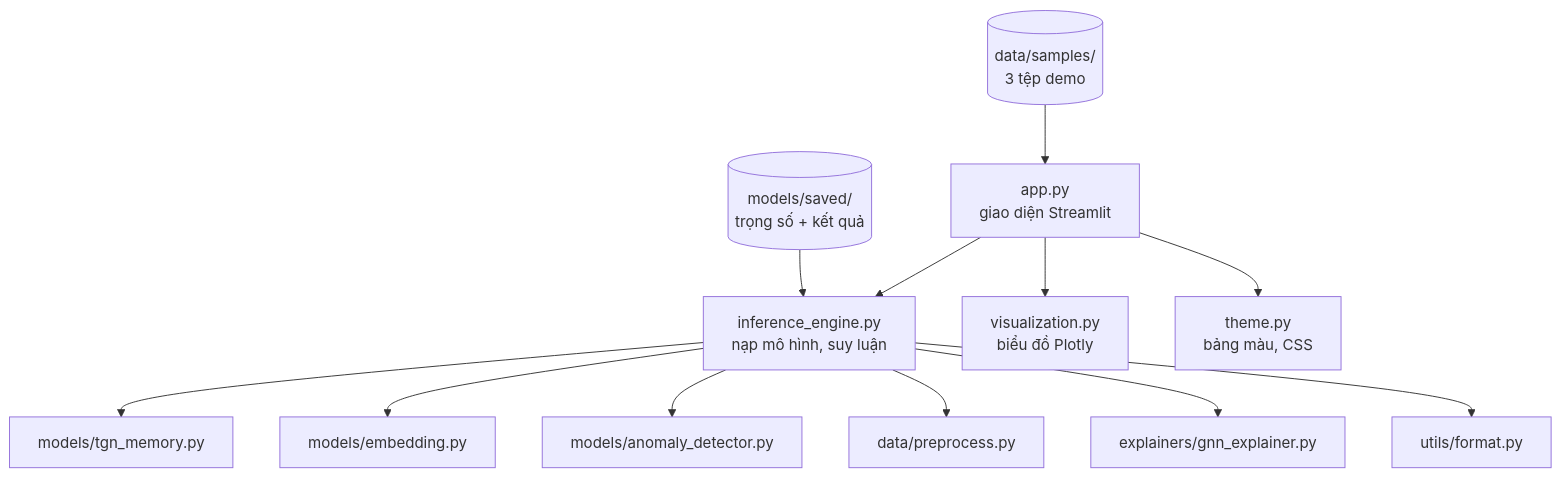
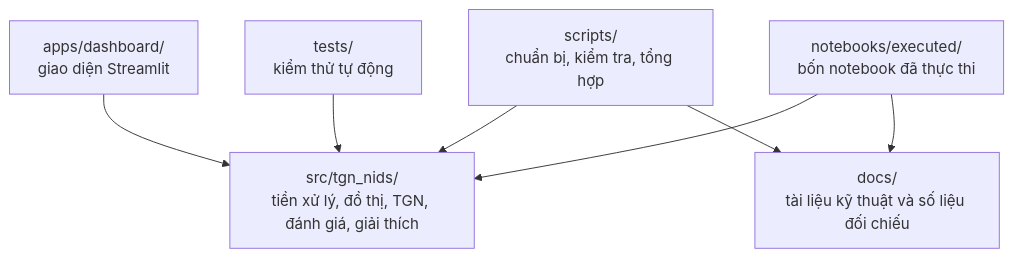
One commit to C0xff/TGN-NIDS changed the first of 2 diagrams in docs/SO_DO_KIEN_TRUC_DU_AN.md. Above: the diagram before and after it, drawn with Mermaid. The commit also changed other lines of this file and 9 other files, not shown here.

Commit message:
Điều chỉnh tài liệu cho GitHub và Drive

````diff
--- a/docs/SO_DO_KIEN_TRUC_DU_AN.md
+++ b/docs/SO_DO_KIEN_TRUC_DU_AN.md
@@ -113,24 +10,16 @@
 ```mermaid
 flowchart TD
-    SAVED[("models/saved/<br/>trọng số + kết quả")]
-    DEMO[("data/samples/<br/>3 tệp demo")]
+    SRC["src/tgn_nids/<br/>tiền xử lý, đồ thị, TGN, đánh giá, giải thích"]
+    APP["apps/dashboard/<br/>giao diện Streamlit"]
+    SCRIPTS["scripts/<br/>chuẩn bị, kiểm tra, tổng hợp"]
+    TESTS["tests/<br/>kiểm thử tự động"]
+    EXEC["notebooks/executed/<br/>bốn notebook đã thực thi"]
+    DOCS["docs/<br/>tài liệu kỹ thuật và số liệu đối chiếu"]
 
-    APP["app.py<br/>giao diện Streamlit"]
-    IE["inference_engine.py<br/>nạp mô hình, suy luận"]
-    VIZ["visualization.py<br/>biểu đồ Plotly"]
-    THEME["theme.py<br/>bảng màu, CSS"]
-
-    MEM2["models/tgn_memory.py"]
-    EMB2["models/embedding.py"]
-    DET2["models/anomaly_detector.py"]
-    PREP2["data/preprocess.py"]
-    TGNX2["explainers/gnn_explainer.py"]
-
-    FMT2["utils/format.py"]
-
-    APP --> IE & VIZ & THEME
-    SAVED --> IE
-    DEMO --> APP
-    IE --> MEM2 & EMB2 & DET2 & PREP2 & TGNX2
-    IE --> FMT2
+    SCRIPTS --> SRC
+    APP --> SRC
+    TESTS --> SRC
+    EXEC --> SRC
+    EXEC --> DOCS
+    SCRIPTS --> DOCS
 ```
````
